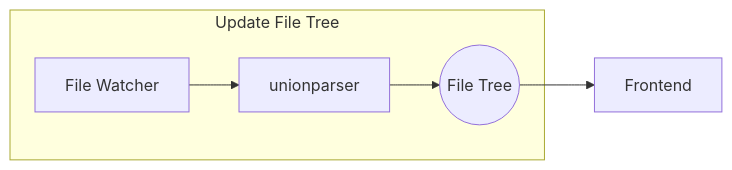
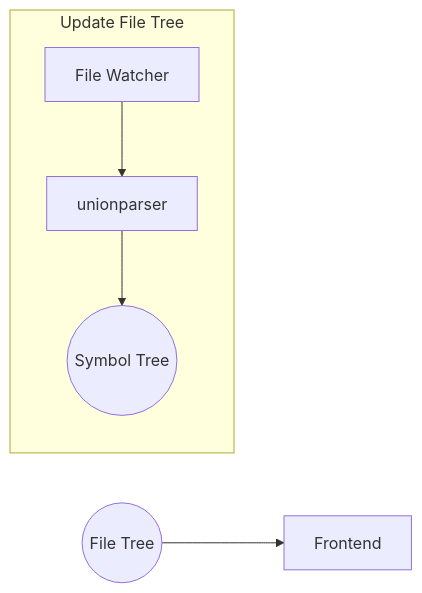
One commit to FunningC0217/UnionParser changed the third of 5 diagrams in README.md. Above: the diagram before and after it, drawn with Mermaid. The commit also changed other lines of this file, not shown here.

````diff
--- a/README.md
+++ b/README.md
@@ -31,7 +31,7 @@
 ```mermaid
 graph LR;
 subgraph Update File Tree
-FW[File Watcher]-->UP[unionparser]-->T((File Tree))
+FW[File Watcher]-->UP[unionparser]-->S((Symbol Tree))
 end
 T((File Tree))-->A[Frontend]
 ```
````
